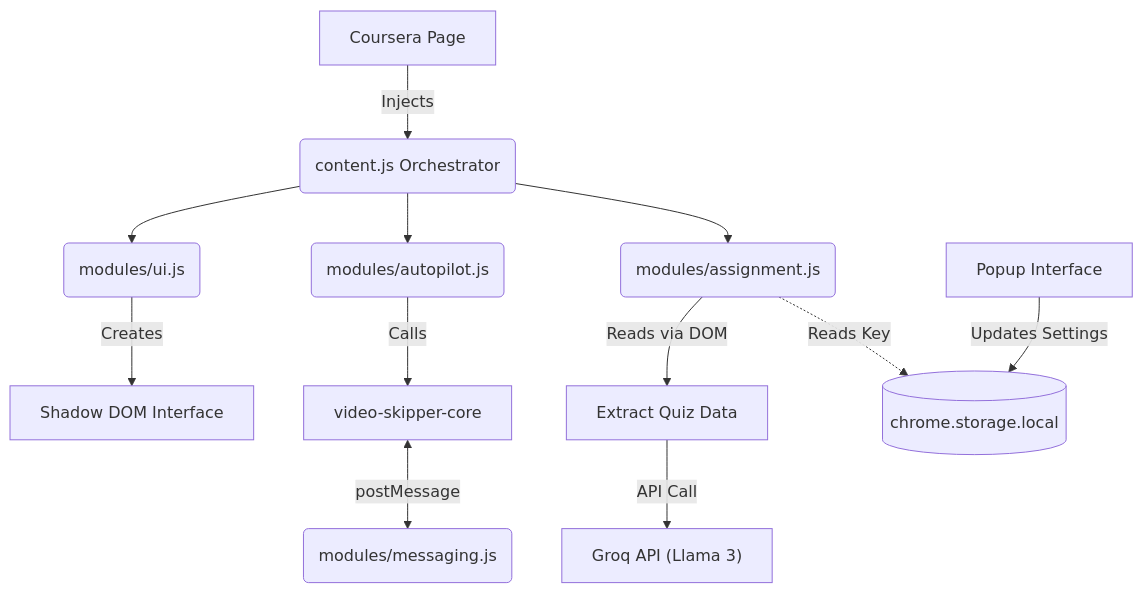
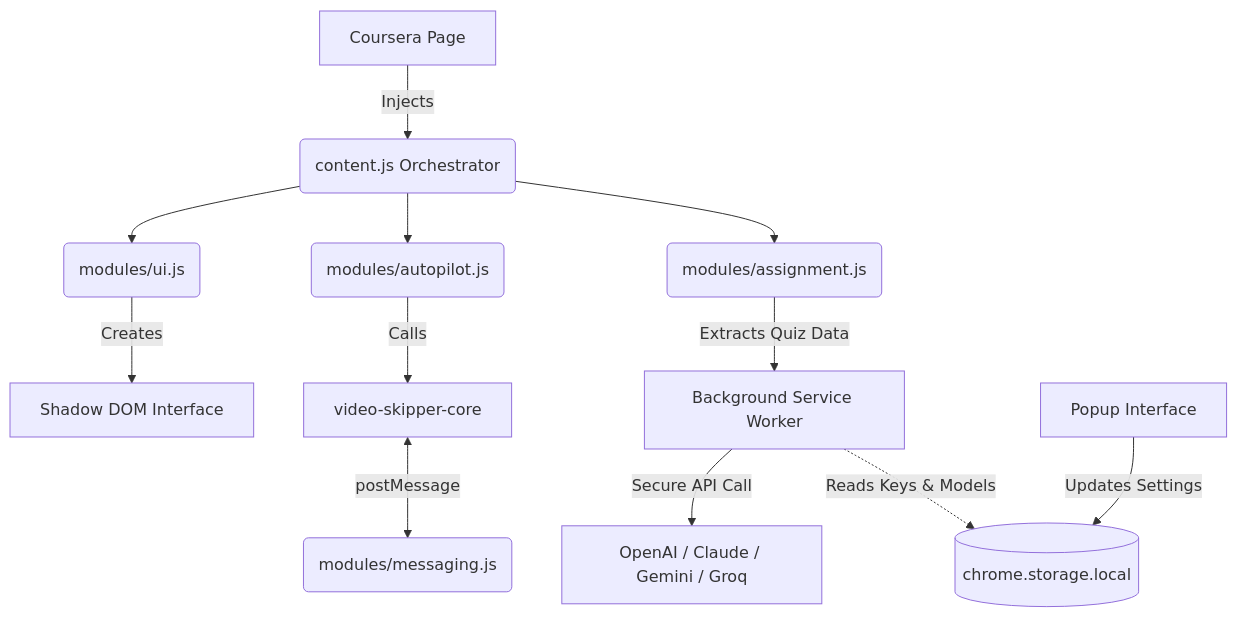
Before and after one commit to Anuj-er/courseflow: the diagram in README.md, drawn with Mermaid. The commit also changed other lines of this file and 12 other files, not shown here.

````diff
--- a/README.md
+++ b/README.md
@@ -18,17 +19,17 @@
 ```mermaid
 graph TD
     A[Coursera Page] -->|Injects| B(content.js Orchestrator)
     B --> C(modules/ui.js)
     B --> D(modules/autopilot.js)
     B --> E(modules/assignment.js)
     
     C -->|Creates| F[Shadow DOM Interface]
     D -->|Calls| G[video-skipper-core]
     G <-->|postMessage| H(modules/messaging.js)
     
-    E -->|Reads via DOM| I[Extract Quiz Data]
-    I -->|API Call| J["Groq API (Llama 3)"]
+    E -->|Extracts Quiz Data| I[Background Service Worker]
+    I -->|Secure API Call| J["OpenAI / Claude / Gemini / Groq"]
     
     K[Popup Interface] -->|Updates Settings| L[(chrome.storage.local)]
-    E -.->|Reads Key| L
+    I -.->|Reads Keys & Models| L
 ```
````
